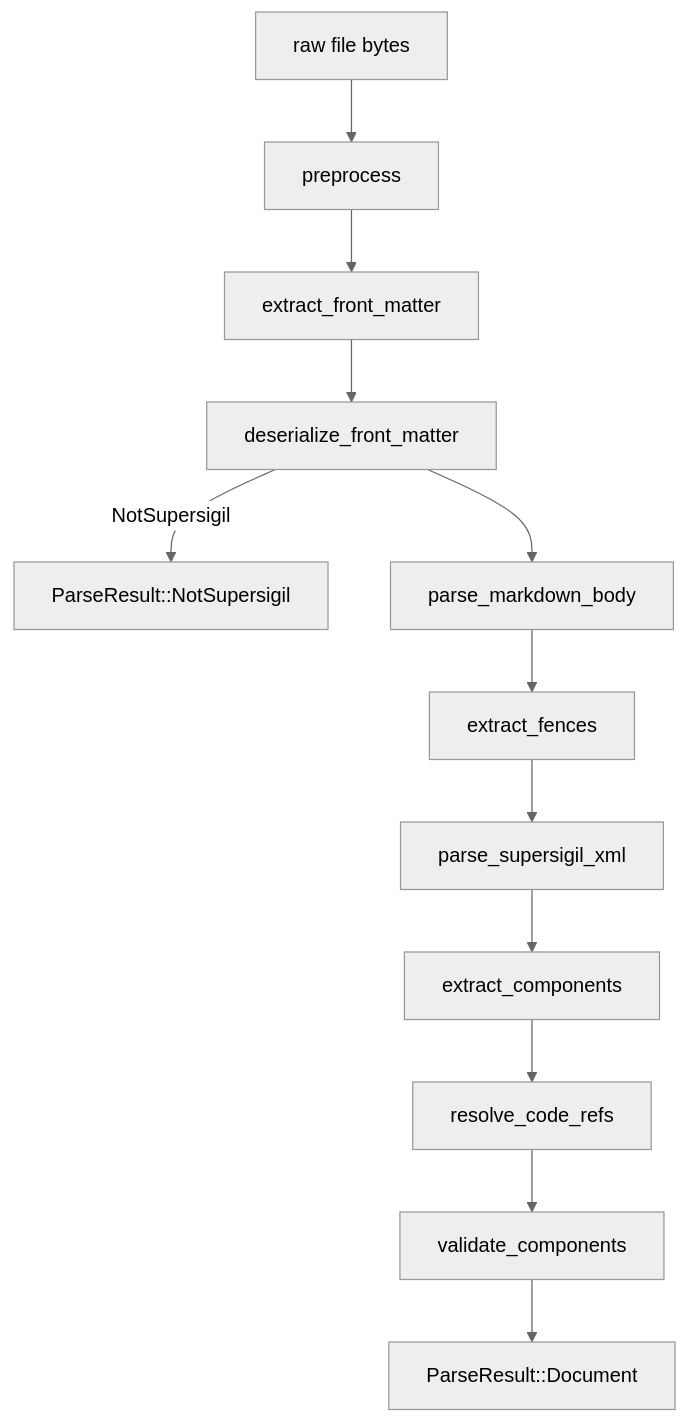
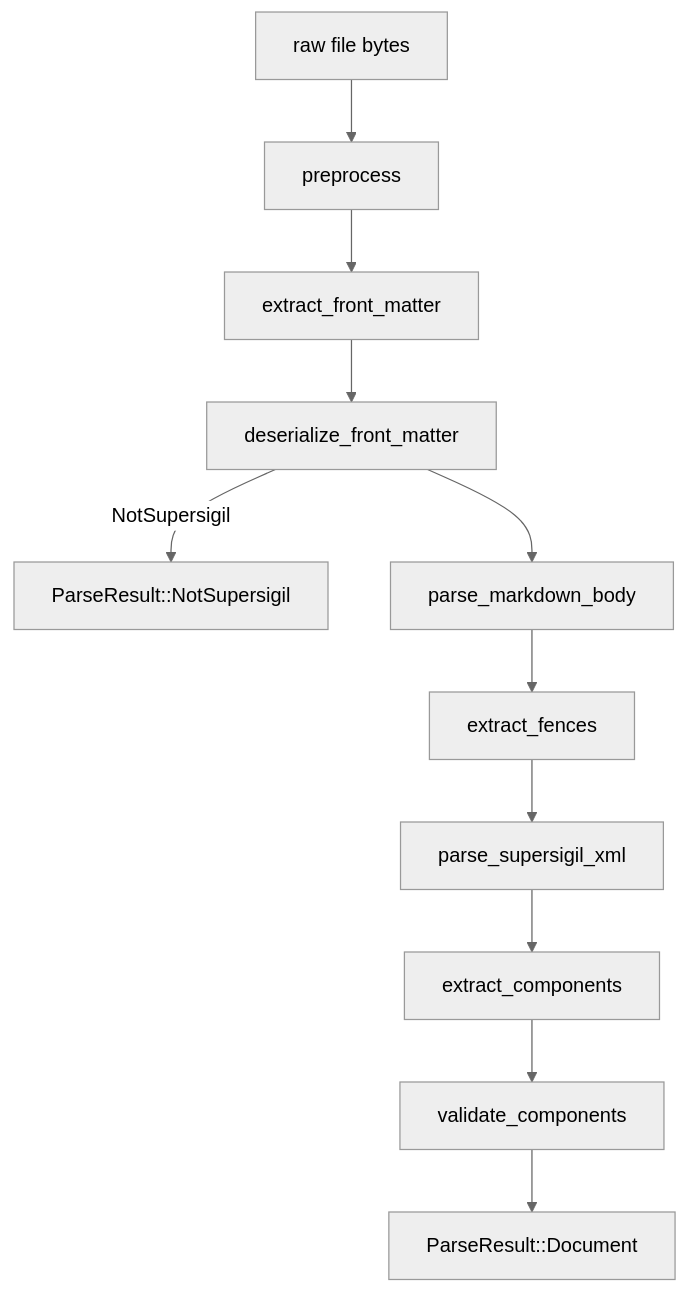
One commit to jonisavo/supersigil changed the diagram in crates/supersigil-parser/specs/parser-pipeline/parser-pipeline.design.md. Above: the diagram before and after it, drawn with Mermaid (neutral theme). The commit also changed other lines of this file and 160 other files, not shown here.

````diff
--- a/crates/supersigil-parser/specs/parser-pipeline/parser-pipeline.design.md
+++ b/crates/supersigil-parser/specs/parser-pipeline/parser-pipeline.design.md
@@ -30,14 +28,13 @@
 ```mermaid
 graph TD
     RAW["raw file bytes"] --> PRE["preprocess"]
     PRE --> FM["extract_front_matter"]
     FM --> DESER["deserialize_front_matter"]
     DESER -->|NotSupersigil| NS["ParseResult::NotSupersigil"]
     DESER --> MD["parse_markdown_body"]
     MD --> FENCES["extract_fences"]
     FENCES --> XML["parse_supersigil_xml"]
     XML --> EXTRACT["extract_components"]
-    EXTRACT --> RESOLVE["resolve_code_refs"]
-    RESOLVE --> VALIDATE["validate_components"]
+    EXTRACT --> VALIDATE["validate_components"]
     VALIDATE --> DOC["ParseResult::Document"]
 ```
````
